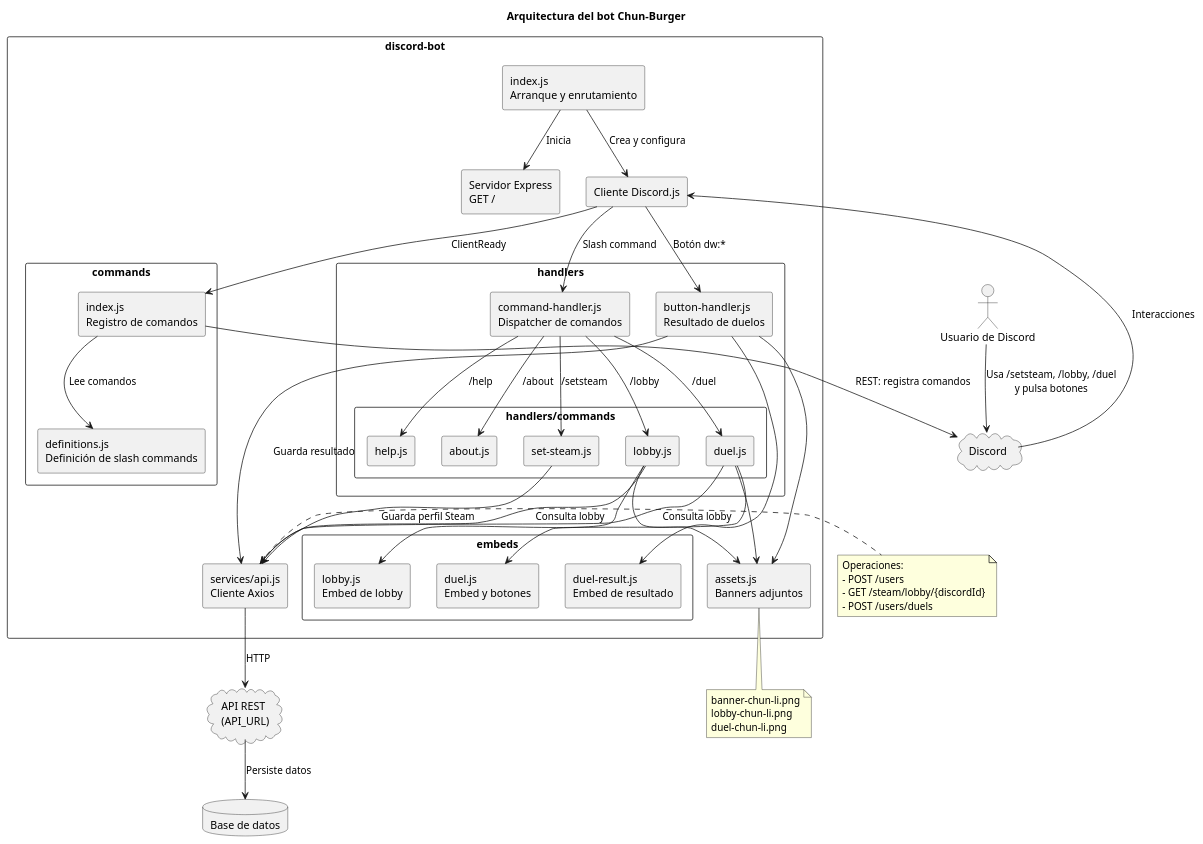
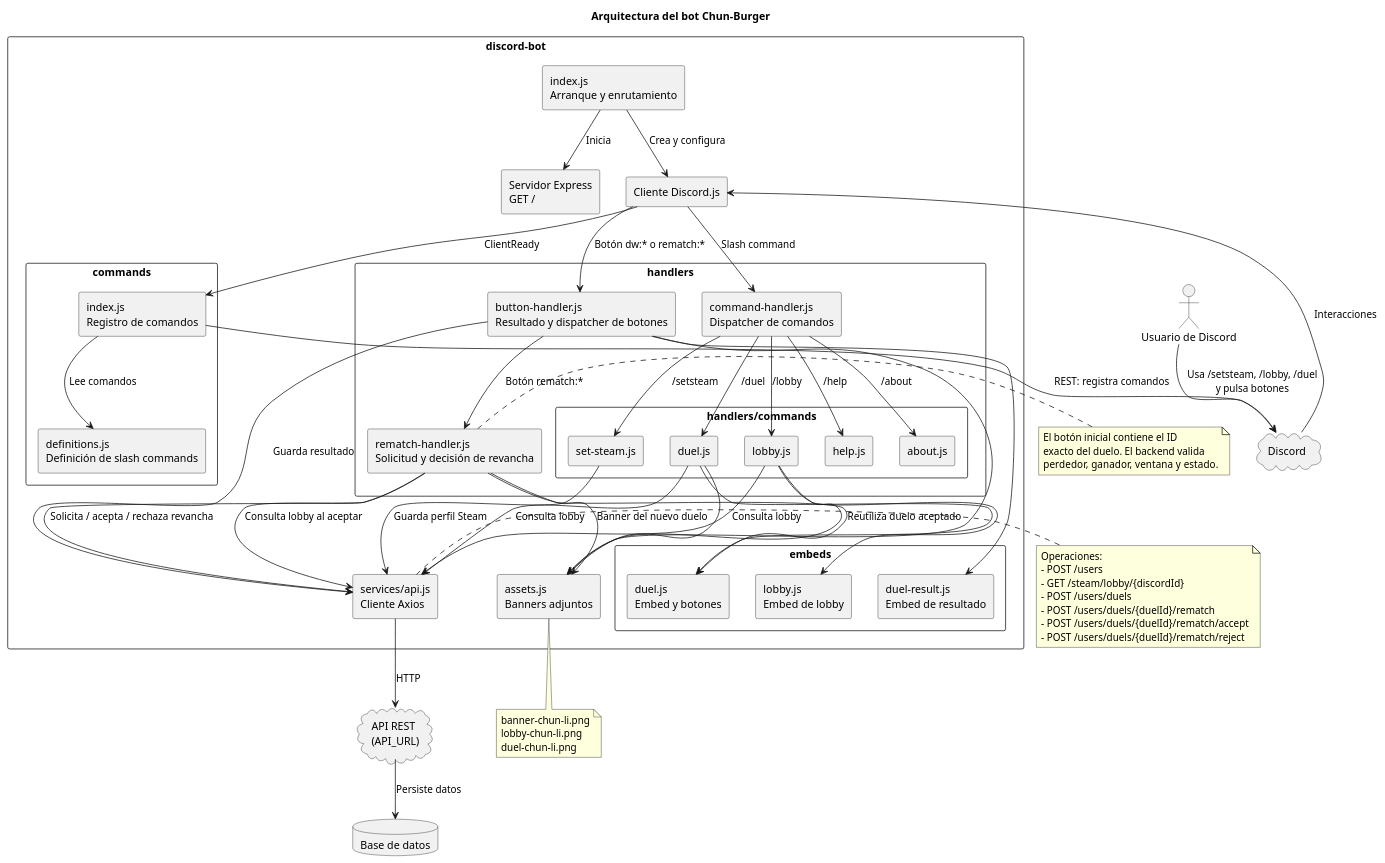
The diagram in discord-bot/architecture.puml (shorsho21/usf4-lobby-manager), drawn with PlantUML before and after one commit. The commit also changed 1 other file, not shown here.

Commit message:
update: uml

```diff
--- a/discord-bot/architecture.puml
+++ b/discord-bot/architecture.puml
@@ -1,86 +1,101 @@
 @startuml
 title Arquitectura del bot Chun-Burger
 skinparam componentStyle rectangle
 skinparam packageStyle rectangle
 
 actor "Usuario de Discord" as user
 cloud Discord as discord
 cloud "API REST\n(API_URL)" as api
 database "Base de datos" as db
 
 package "discord-bot" {
   component "index.js\nArranque y enrutamiento" as main
   component "Servidor Express\nGET /" as express
   component "Cliente Discord.js" as client
 
   package "commands" {
     component "definitions.js\nDefinición de slash commands" as definitions
     component "index.js\nRegistro de comandos" as registration
   }
 
   package "handlers" {
     component "command-handler.js\nDispatcher de comandos" as commandHandler
-    component "button-handler.js\nResultado de duelos" as buttonHandler
+    component "button-handler.js\nResultado y dispatcher de botones" as buttonHandler
+    component "rematch-handler.js\nSolicitud y decisión de revancha" as rematchHandler
 
     package "handlers/commands" {
       component "set-steam.js" as setSteam
       component "lobby.js" as lobby
       component "duel.js" as duel
       component "help.js" as help
       component "about.js" as about
     }
   }
 
   package "embeds" {
     component "lobby.js\nEmbed de lobby" as lobbyEmbed
     component "duel.js\nEmbed y botones" as duelEmbed
     component "duel-result.js\nEmbed de resultado" as resultEmbed
   }
 
   component "services/api.js\nCliente Axios" as apiService
   component "assets.js\nBanners adjuntos" as assets
 }
 
 user --> discord : Usa /setsteam, /lobby, /duel\ny pulsa botones
 discord --> client : Interacciones
 main --> client : Crea y configura
 main --> express : Inicia
 client --> registration : ClientReady
 registration --> definitions : Lee comandos
 registration --> discord : REST: registra comandos
 
 client --> commandHandler : Slash command
-client --> buttonHandler : Botón dw:*
+client --> buttonHandler : Botón dw:* o rematch:*
+buttonHandler --> rematchHandler : Botón rematch:*
 commandHandler --> setSteam : /setsteam
 commandHandler --> lobby : /lobby
 commandHandler --> duel : /duel
 commandHandler --> help : /help
 commandHandler --> about : /about
 
 setSteam --> apiService : Guarda perfil Steam
 lobby --> apiService : Consulta lobby
 duel --> apiService : Consulta lobby
 buttonHandler --> apiService : Guarda resultado
+rematchHandler --> apiService : Solicita / acepta / rechaza revancha
+rematchHandler --> apiService : Consulta lobby al aceptar
 apiService --> api : HTTP
 api --> db : Persiste datos
 
 lobby --> lobbyEmbed
 lobby --> assets
 duel --> duelEmbed
 duel --> assets
 buttonHandler --> resultEmbed
 buttonHandler --> assets
+rematchHandler --> duelEmbed : Reutiliza duelo aceptado
+rematchHandler --> assets : Banner del nuevo duelo
 
 note right of apiService
   Operaciones:
   - POST /users
   - GET /steam/lobby/{discordId}
   - POST /users/duels
+  - POST /users/duels/{duelId}/rematch
+  - POST /users/duels/{duelId}/rematch/accept
+  - POST /users/duels/{duelId}/rematch/reject
+end note
+
+note right of rematchHandler
+  El botón inicial contiene el ID
+  exacto del duelo. El backend valida
+  perdedor, ganador, ventana y estado.
 end note
 
 note bottom of assets
   banner-chun-li.png
   lobby-chun-li.png
   duel-chun-li.png
 end note
 @enduml
```
